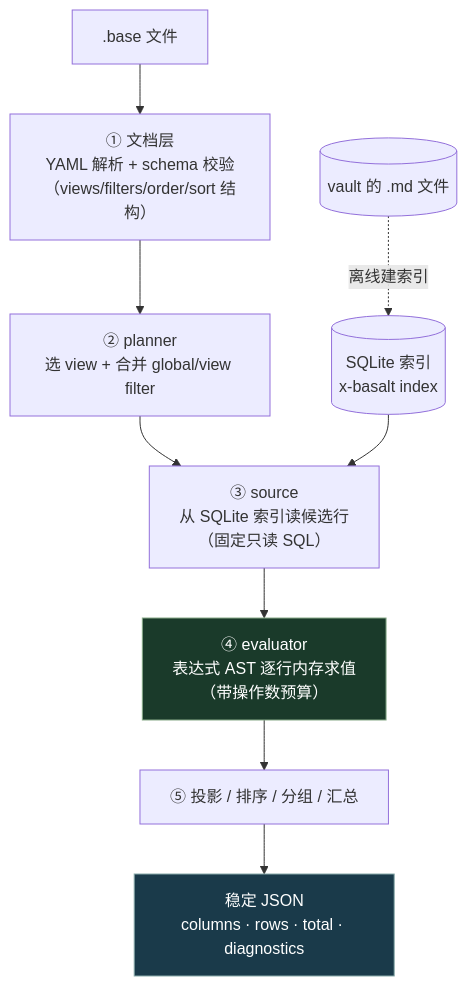
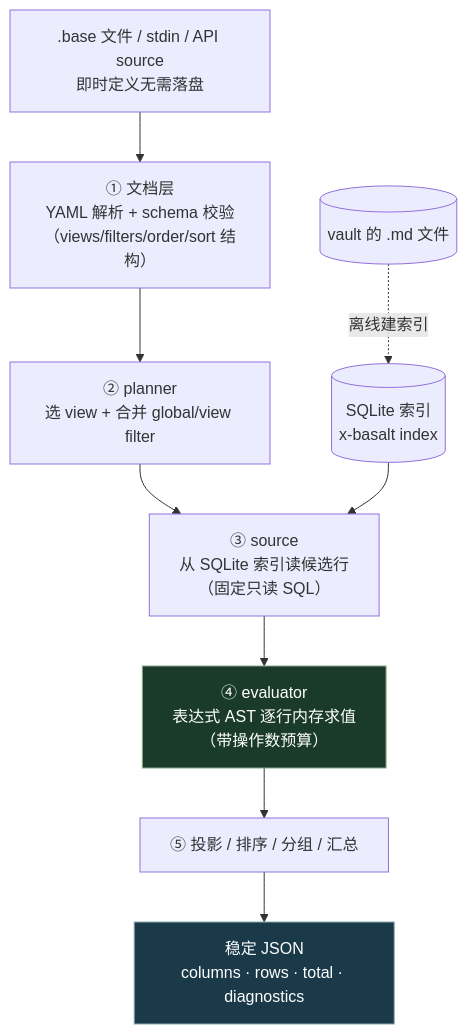
The fourth of 5 diagrams in docs/design/bases-vs-official.md (xnightsky/x-basalt), drawn with Mermaid before and after one commit. The commit also changed other lines of this file and 22 other files, not shown here.

````diff
--- a/docs/design/bases-vs-official.md
+++ b/docs/design/bases-vs-official.md
@@ -214,15 +234,15 @@
 ```mermaid
 flowchart TB
-    F[".base 文件"] --> P1["① 文档层<br/>YAML 解析 + schema 校验<br/>（views/filters/order/sort 结构）"]
+    F[".base 文件 / stdin / API source<br/>即时定义无需落盘"] --> P1["① 文档层<br/>YAML 解析 + schema 校验<br/>（views/filters/order/sort 结构）"]
     P1 --> P2["② planner<br/>选 view + 合并 global/view filter"]
     P2 --> P3["③ source<br/>从 SQLite 索引读候选行<br/>（固定只读 SQL）"]
     P3 --> P4["④ evaluator<br/>表达式 AST 逐行内存求值<br/>（带操作数预算）"]
     P4 --> P5["⑤ 投影 / 排序 / 分组 / 汇总"]
     P5 --> OUT["稳定 JSON<br/>columns · rows · total · diagnostics"]
 
     IDX[("SQLite 索引<br/>x-basalt index")] --> P3
     MD[("vault 的 .md 文件")] -.->|离线建索引| IDX
 
     style P4 fill:#1a3a2a,stroke:#8a8,color:#fff
     style OUT fill:#1a3a4a,stroke:#8aa,color:#fff
 ```
````
